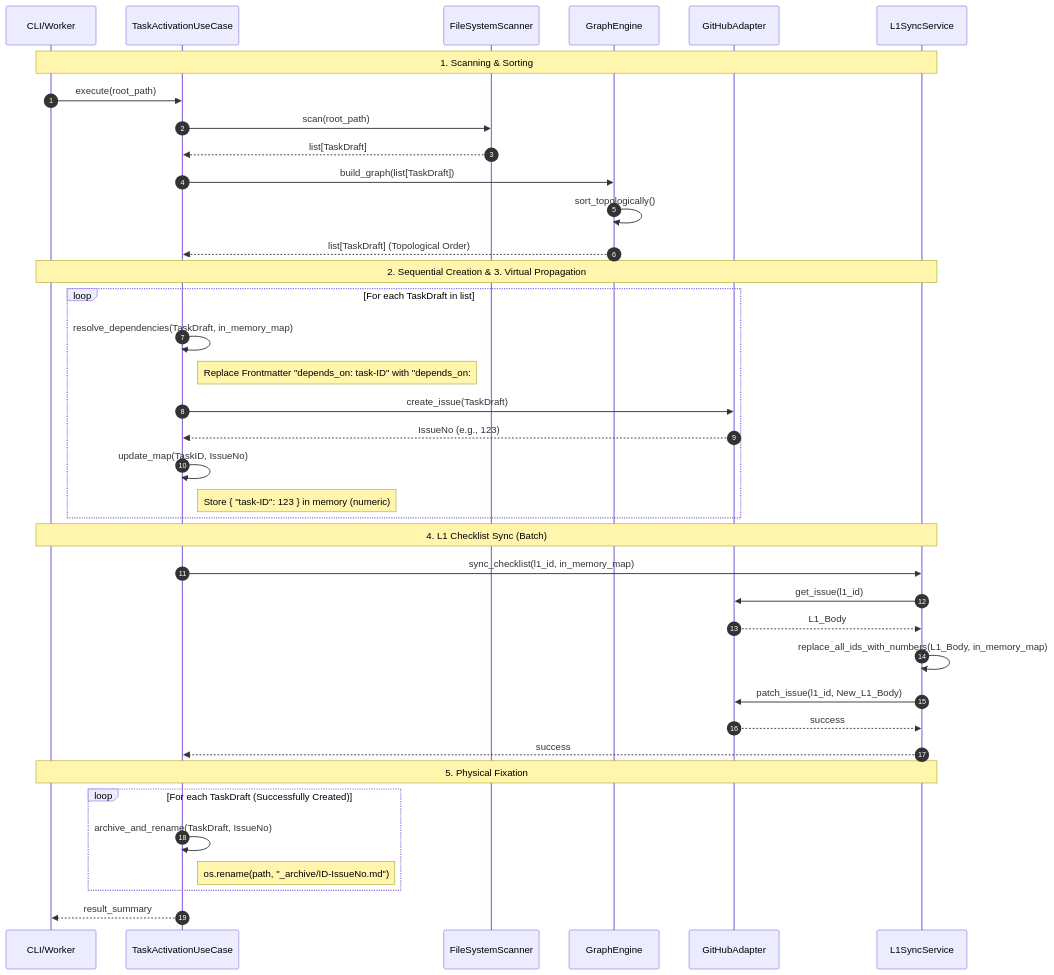
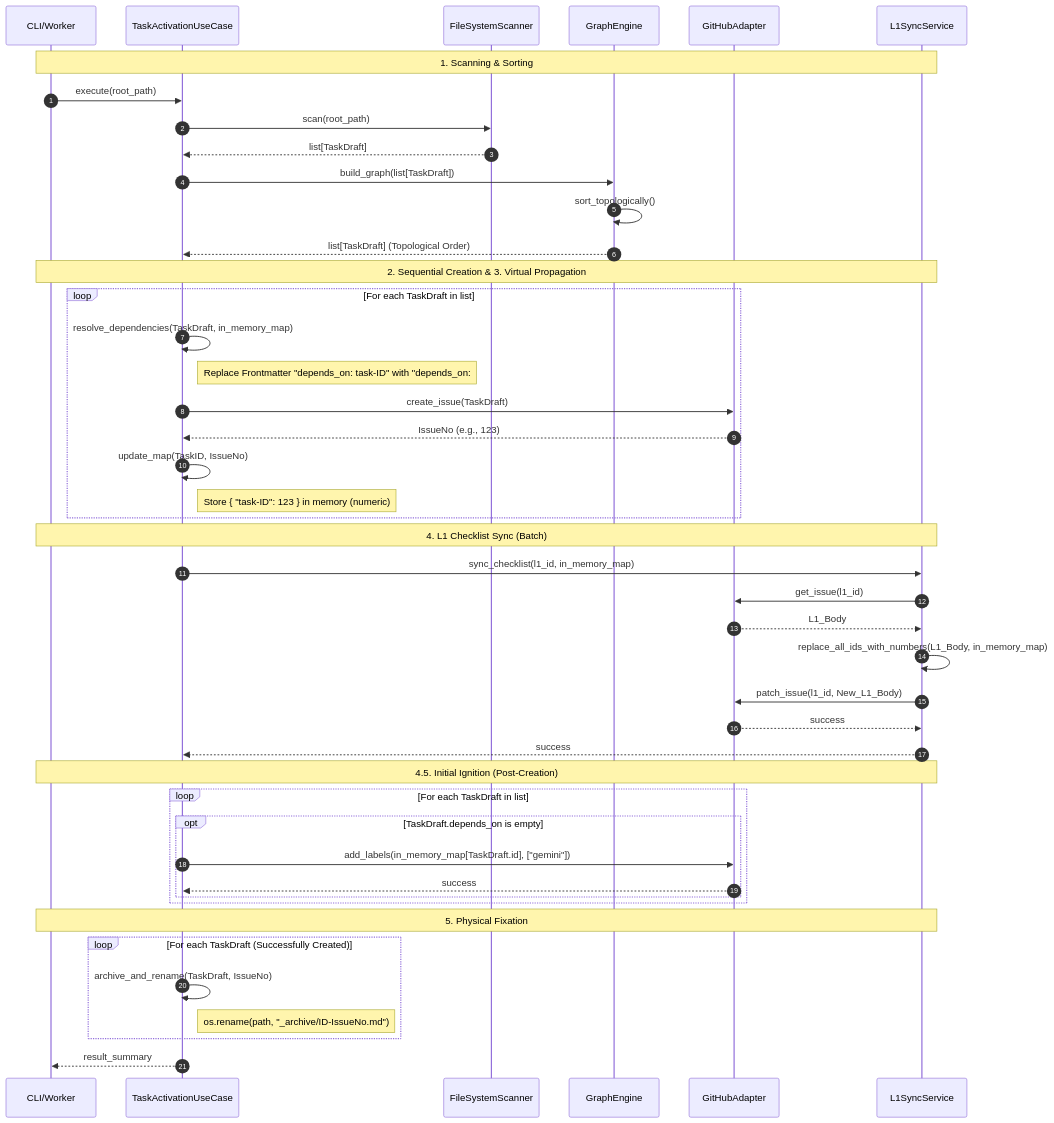
The diagram in docs/architecture/behavior-activation-sequence.md (masa-codehub/issue_creator_kit), drawn with Mermaid before and after one commit. The commit also changed other lines of this file and 20 other files, not shown here.

````diff
--- a/docs/architecture/behavior-activation-sequence.md
+++ b/docs/architecture/behavior-activation-sequence.md
@@ -31,47 +33,55 @@
 ```mermaid
 sequenceDiagram
     autonumber
     participant CLI as CLI/Worker
     participant UC as TaskActivationUseCase
     participant SC as FileSystemScanner
     participant GE as GraphEngine
     participant GH as GitHubAdapter
     participant SY as L1SyncService
 
     Note over CLI, SY: 1. Scanning & Sorting
     CLI->>UC: execute(root_path)
     UC->>SC: scan(root_path)
     SC-->>UC: list[TaskDraft]
     UC->>GE: build_graph(list[TaskDraft])
     GE->>GE: sort_topologically()
     GE-->>UC: list[TaskDraft] (Topological Order)
 
     Note over CLI, SY: 2. Sequential Creation & 3. Virtual Propagation
     loop For each TaskDraft in list
         UC->>UC: resolve_dependencies(TaskDraft, in_memory_map)
         Note right of UC: Replace Frontmatter "depends_on: task-ID" with "depends_on: #IssueNo"
 
         UC->>GH: create_issue(TaskDraft)
         GH-->>UC: IssueNo (e.g., 123)
 
         UC->>UC: update_map(TaskID, IssueNo)
         Note right of UC: Store { "task-ID": 123 } in memory (numeric)
     end
 
     Note over CLI, SY: 4. L1 Checklist Sync (Batch)
     UC->>SY: sync_checklist(l1_id, in_memory_map)
     SY->>GH: get_issue(l1_id)
     GH-->>SY: L1_Body
     SY->>SY: replace_all_ids_with_numbers(L1_Body, in_memory_map)
     SY->>GH: patch_issue(l1_id, New_L1_Body)
     GH-->>SY: success
     SY-->>UC: success
 
+    Note over CLI, SY: 4.5. Initial Ignition (Post-Creation)
+    loop For each TaskDraft in list
+        opt TaskDraft.depends_on is empty
+            UC->>GH: add_labels(in_memory_map[TaskDraft.id], ["gemini"])
+            GH-->>UC: success
+        end
+    end
+
     Note over CLI, SY: 5. Physical Fixation
     loop For each TaskDraft (Successfully Created)
         UC->>UC: archive_and_rename(TaskDraft, IssueNo)
         Note right of UC: os.rename(path, "_archive/ID-IssueNo.md")
     end
 
     UC-->>CLI: result_summary
 ```
````
